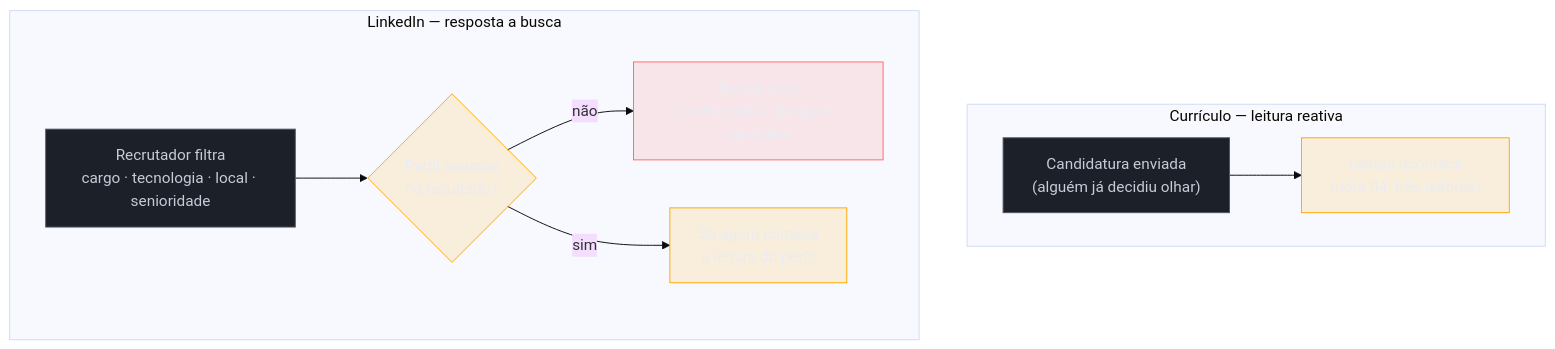
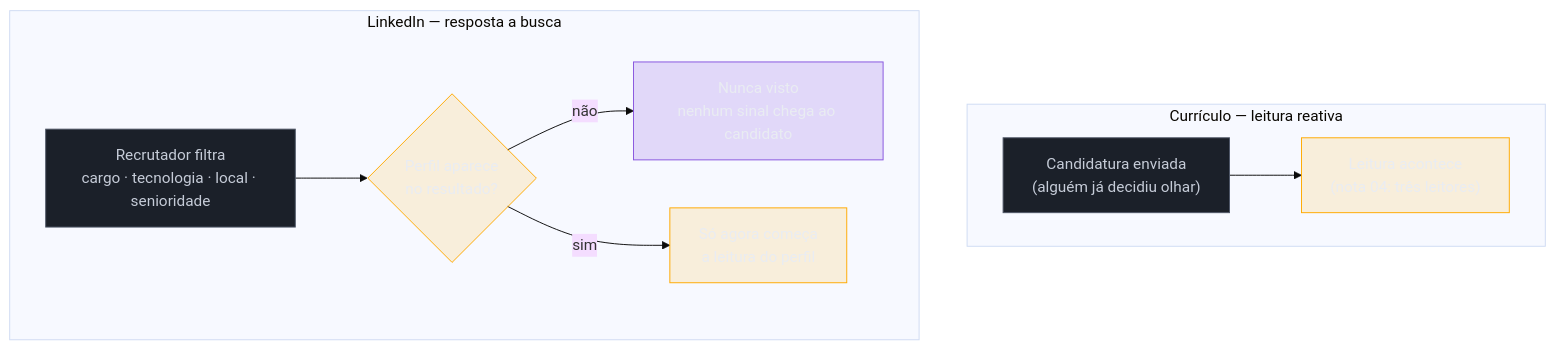
The diagram in 03-Dominios/Carreira/Currículo/23 - LinkedIn — o par que responde a busca.md (josenaldo/codex-technomanticus), drawn with Mermaid (base theme) before and after one commit. The commit also changed 601 other files, not shown here.

````diff
--- a/03-Dominios/Carreira/Currículo/23 - LinkedIn — o par que responde a busca.md
+++ b/03-Dominios/Carreira/Currículo/23 - LinkedIn — o par que responde a busca.md
@@ -80,22 +80,22 @@
 ```mermaid
 flowchart TD
+    classDef marca fill:#8855DF33,stroke:#8855DF,color:#E9ECF2
     classDef neutro fill:#1B2029,stroke:#4E5666,color:#C6CCD8
     classDef destaque fill:#FFAA0024,stroke:#FFAA00,color:#E9ECF2
-    classDef falha fill:#FF6B6B24,stroke:#FF6B6B,color:#E9ECF2
     subgraph CV["Currículo — leitura reativa"]
         App["Candidatura enviada<br/>(alguém já decidiu olhar)"] --> Ler1["Leitura acontece<br/>(nota 04: três leitores)"]
     end
 
     subgraph LI["LinkedIn — resposta a busca"]
         Filtro["Recrutador filtra<br/>cargo · tecnologia · local · senioridade"] --> Busca{"Perfil aparece<br/>no resultado?"}
         Busca -->|"não"| Nada["Nunca visto<br/>nenhum sinal chega ao candidato"]
         Busca -->|"sim"| Ler2["Só agora começa<br/>a leitura do perfil"]
     end
 
     class App neutro
     class Ler1 destaque
     class Filtro neutro
     class Busca destaque
-    class Nada falha
+    class Nada marca
     class Ler2 destaque
 ```
````
